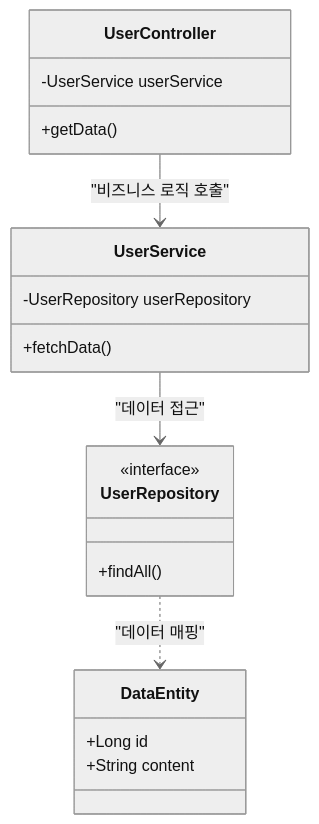
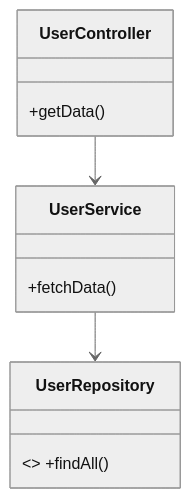
One commit to bymond17/docker-flutter-springboot-sample changed the third of 4 diagrams in README.md. Above: the diagram before and after it, drawn with Mermaid (neutral theme). The commit also changed other lines of this file, not shown here.

Commit message:
README.md 내용 수정: 프로젝트 설명 간소화 및 Quick Start 섹션 개선, 시스템 아키텍처 및 데이터 흐름 분석 추가

````diff
--- a/README.md
+++ b/README.md
@@ -58,23 +76,8 @@
 ```mermaid
 classDiagram
-    class UserController {
-        -UserService userService
-        +getData()
-    }
-    class UserService {
-        -UserRepository userRepository
-        +fetchData()
-    }
-    class UserRepository {
-        <<interface>>
-        +findAll()
-    }
-    class DataEntity {
-        +Long id
-        +String content
-    }
-
-    UserController --> UserService : "비즈니스 로직 호출"
-    UserService --> UserRepository : "데이터 접근"
-    UserRepository ..> DataEntity : "데이터 매핑"
+    class UserController { +getData() }
+    class UserService { +fetchData() }
+    class UserRepository { <<interface>> +findAll() }
+    UserController --> UserService
+    UserService --> UserRepository
 ```
````
